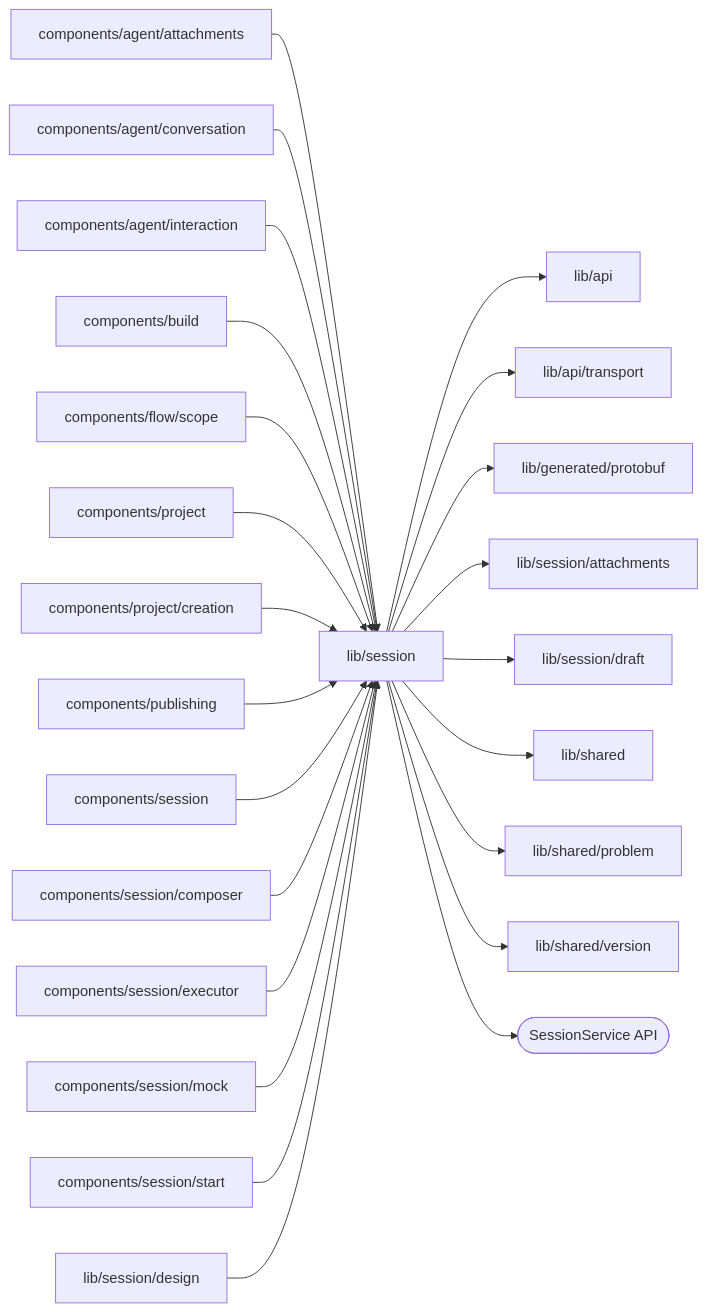
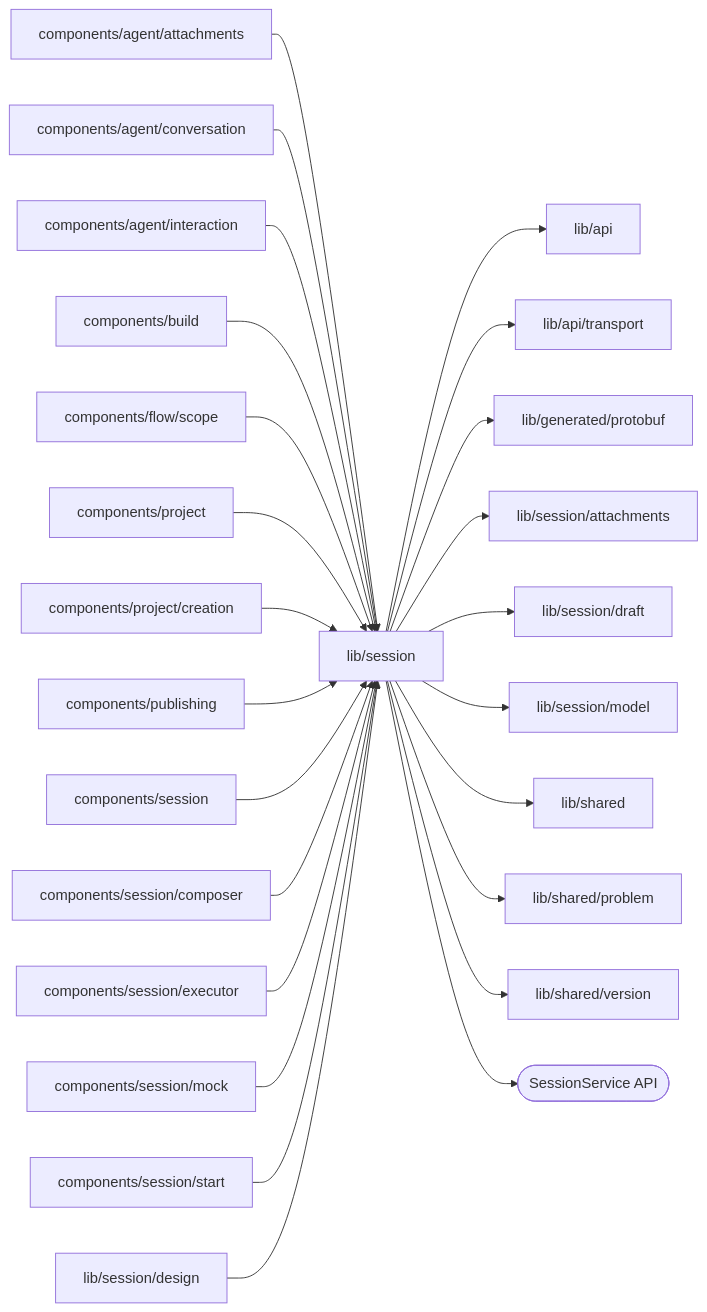
One commit to superdurable/superverse changed the diagram in web/studio/lib/session/README.md. Above: the diagram before and after it, drawn with Mermaid. The commit also changed other lines of this file and 34 other files, not shown here.

````diff
--- a/web/studio/lib/session/README.md
+++ b/web/studio/lib/session/README.md
@@ -10,27 +10,28 @@
 ```mermaid
 flowchart LR
   self["lib/session"]
   c0["components/agent/attachments"] --> self
   c1["components/agent/conversation"] --> self
   c2["components/agent/interaction"] --> self
   c3["components/build"] --> self
   c4["components/flow/scope"] --> self
   c5["components/project"] --> self
   c6["components/project/creation"] --> self
   c7["components/publishing"] --> self
   c8["components/session"] --> self
   c9["components/session/composer"] --> self
   c10["components/session/executor"] --> self
   c11["components/session/mock"] --> self
   c12["components/session/start"] --> self
   c13["lib/session/design"] --> self
   self --> d0["lib/api"]
   self --> d1["lib/api/transport"]
   self --> d2["lib/generated/protobuf"]
   self --> d3["lib/session/attachments"]
   self --> d4["lib/session/draft"]
-  self --> d5["lib/shared"]
-  self --> d6["lib/shared/problem"]
-  self --> d7["lib/shared/version"]
+  self --> d5["lib/session/model"]
+  self --> d6["lib/shared"]
+  self --> d7["lib/shared/problem"]
+  self --> d8["lib/shared/version"]
   self --> e0(["SessionService API"])
 ```
````
